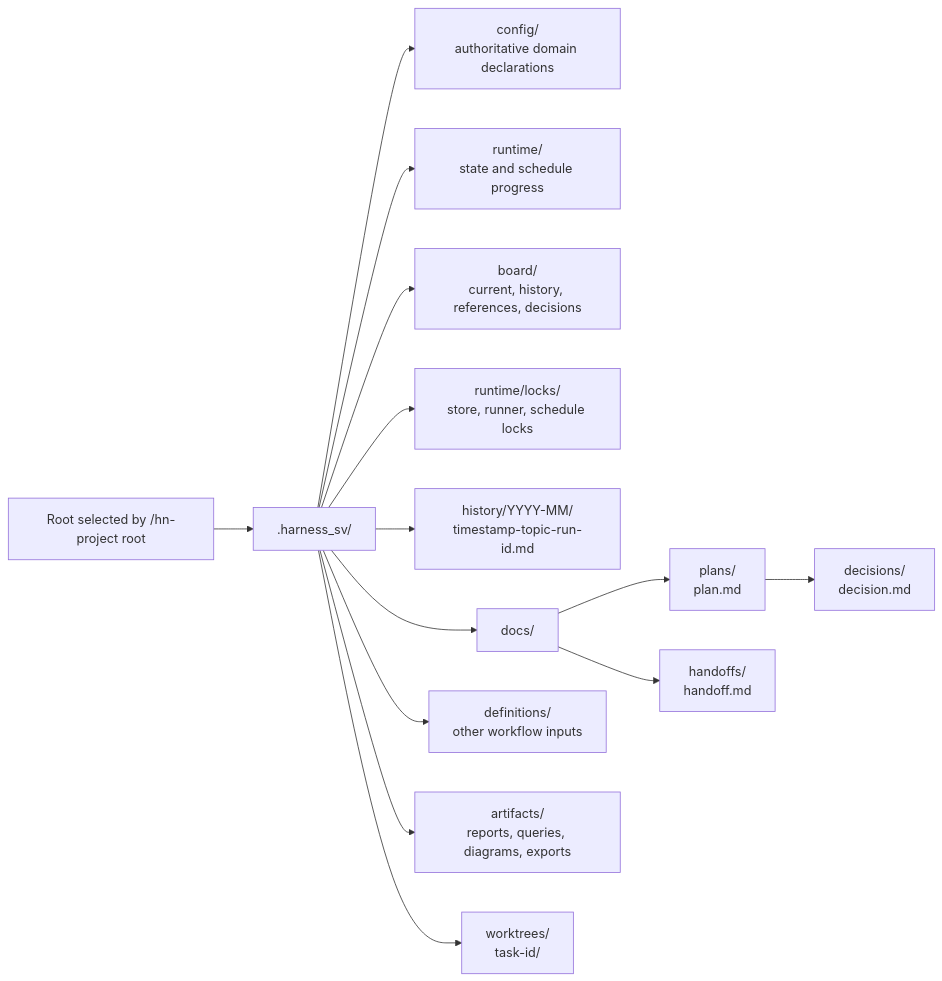
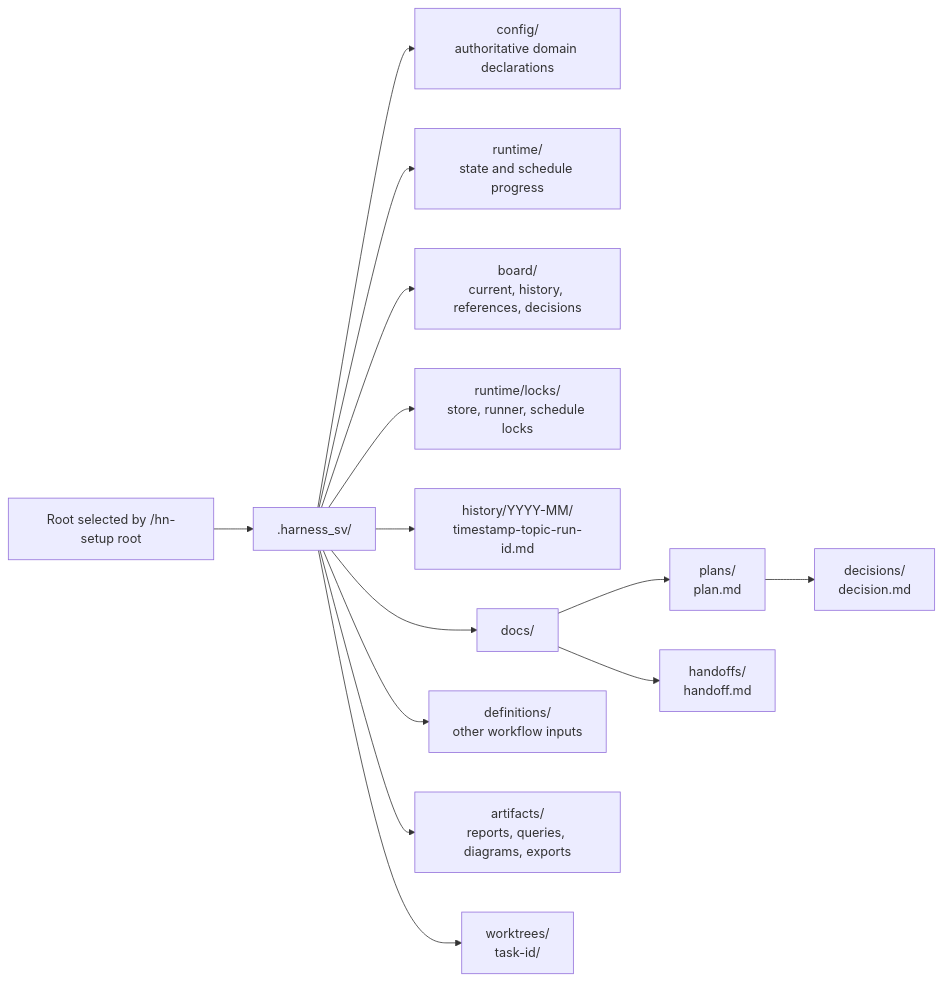
The second of 2 diagrams in docs/plans/2026-09-16-topic-skill-refactor.md (wzlwit/skillvault), drawn with Mermaid before and after one commit. The commit also changed other lines of this file and 243 other files, not shown here.

````diff
--- a/docs/plans/2026-09-16-topic-skill-refactor.md
+++ b/docs/plans/2026-09-16-topic-skill-refactor.md
@@ -159,16 +169,16 @@
 ```mermaid
 flowchart LR
-  ROOT["Root selected by /hn-project root"] --> STORE[".harness_sv/"]
+  ROOT["Root selected by /hn-setup root"] --> STORE[".harness_sv/"]
   STORE --> CONFIG["config/<br/>authoritative domain declarations"]
   STORE --> STATE["runtime/<br/>state and schedule progress"]
   STORE --> BOARD["board/<br/>current, history, references, decisions"]
   STORE --> LOCKS["runtime/locks/<br/>store, runner, schedule locks"]
   STORE --> HISTORY["history/YYYY-MM/<br/>timestamp-topic-run-id.md"]
   STORE --> DOCS["docs/"]
   DOCS --> PLANS["plans/<br/>plan.md"]
   PLANS --> DECISIONS["decisions/<br/>decision.md"]
   DOCS --> HANDOFFS["handoffs/<br/>handoff.md"]
   STORE --> DEFINITIONS["definitions/<br/>other workflow inputs"]
   STORE --> ARTIFACTS["artifacts/<br/>reports, queries, diagrams, exports"]
   STORE --> WORKTREES["worktrees/<br/>task-id/"]
 ```
````
